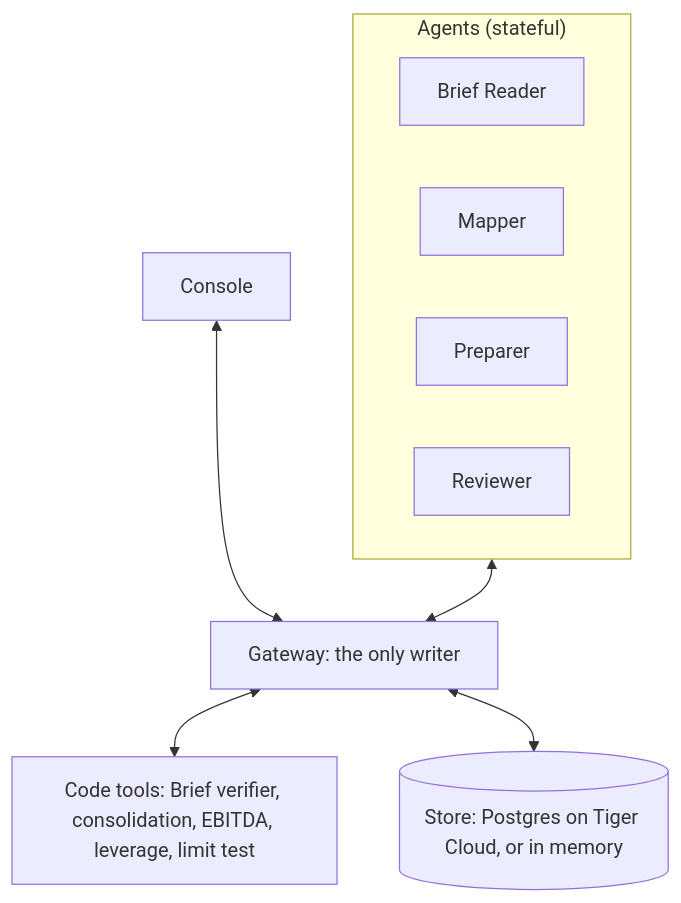
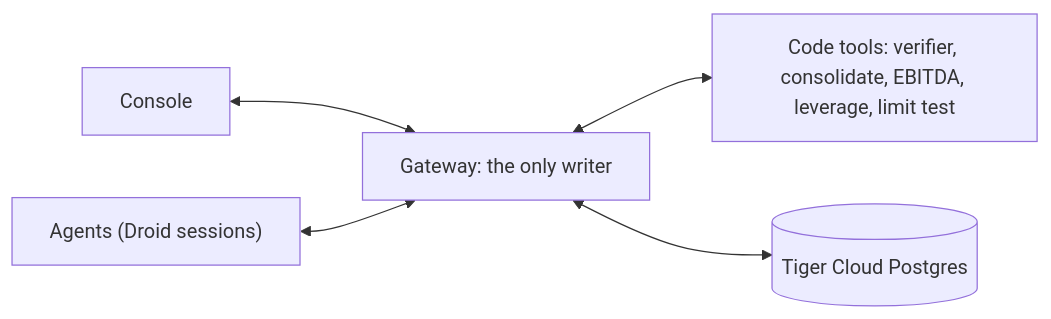
One commit to cayden-h/stochastic changed the diagram in README.md. Above: the diagram before and after it, drawn with Mermaid. The commit also changed other lines of this file and 12 other files, not shown here.

````diff
--- a/README.md
+++ b/README.md
@@ -130,18 +79,7 @@
 ```mermaid
-flowchart TB
-    CON["Console"]
-    GW["Gateway: the only writer"]
-    subgraph AG["Agents (stateful)"]
-        BR["Brief Reader"]
-        MA["Mapper"]
-        PR["Preparer"]
-        RE["Reviewer"]
-    end
-    TL["Code tools: Brief verifier, consolidation, EBITDA, leverage, limit test"]
-    ST[("Store: Postgres on Tiger Cloud, or in memory")]
-
-    CON <--> GW
-    AG <--> GW
-    GW <--> TL
-    GW <--> ST
+flowchart LR
+    CON["Console"] <--> GW["Gateway: the only writer"]
+    AG["Agents (Droid sessions)"] <--> GW
+    GW <--> TL["Code tools: verifier, consolidate, EBITDA, leverage, limit test"]
+    GW <--> ST[("Tiger Cloud Postgres")]
 ```
````
